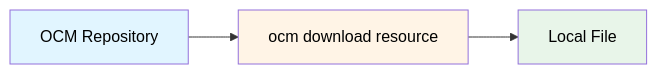
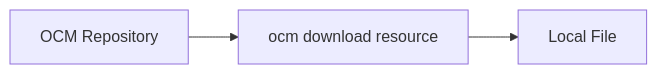
Before and after one commit to open-component-model/ocm-website: the diagram in content/docs/how-to/download-resources-from-component-versions.md, drawn with Mermaid. The commit also changed other lines of this file, not shown here.

Commit message:
align all docs
On-behalf-of: Gerald Morrison (SAP) <gerald.morrison@sap.com>

````diff
--- a/content/docs/how-to/download-resources-from-component-versions.md
+++ b/content/docs/how-to/download-resources-from-component-versions.md
@@ -22,8 +20,4 @@
 ```mermaid
 flowchart LR
     A[OCM Repository] --> B[ocm download resource] --> C[Local File]
-    
-    style A fill:#e1f5ff,color:#000
-    style B fill:#fff4e6,color:#000
-    style C fill:#e8f5e9,color:#000
 ```
````
